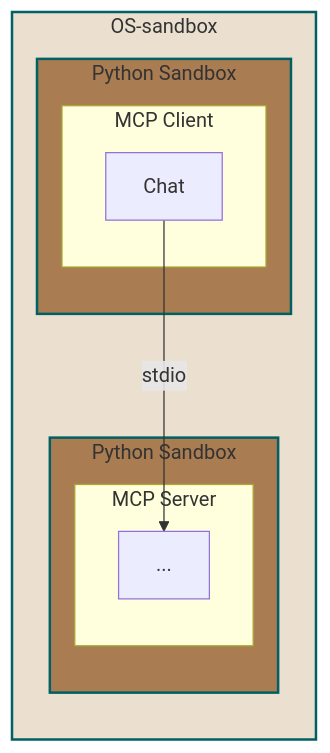
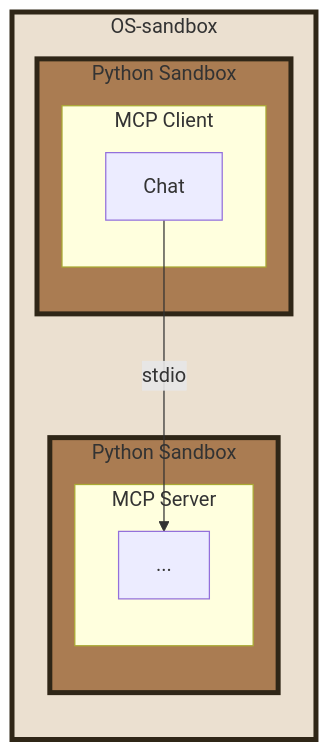
Before and after one commit to pprados/pysandboxes: the third of 3 diagrams in samples/mcp-client/README.md, drawn with Mermaid. The commit also changed other lines of this file and 7 other files, not shown here.

````diff
--- a/samples/mcp-client/README.md
+++ b/samples/mcp-client/README.md
@@ -147,23 +147,23 @@
     ```mermaid
     flowchart TD
         subgraph OSSandbox ["OS-sandbox"]
             direction TB
             subgraph PythonSandbox1 [Python Sandbox]
               subgraph MCPClient ["MCP Client"]
                   D[Chat]
               end
             end   
             subgraph PythonSandbox2 [Python Sandbox]
                 subgraph MCPServer ["MCP Server"]
                    A[...]
                 end
             end
         end
     
         D -- "stdio" --> A
    
         %% 🎨 Style personnalisé pour OSSandbox
-        style OSSandbox fill:#ebe0d0,stroke:#006064,stroke-width:2px
-        style PythonSandbox1 fill:#aa7c52,stroke:#006064,stroke-width:2px
-        style PythonSandbox2 fill:#aa7c52,stroke:#006064,stroke-width:2px
+        style OSSandbox fill:#ebe0d0,stroke:#2f2617,stroke-width:4px
+        style PythonSandbox1 fill:#aa7c52,stroke:#2f2617,stroke-width:4px
+        style PythonSandbox2 fill:#aa7c52,stroke:#2f2617,stroke-width:4px
     ```
````
